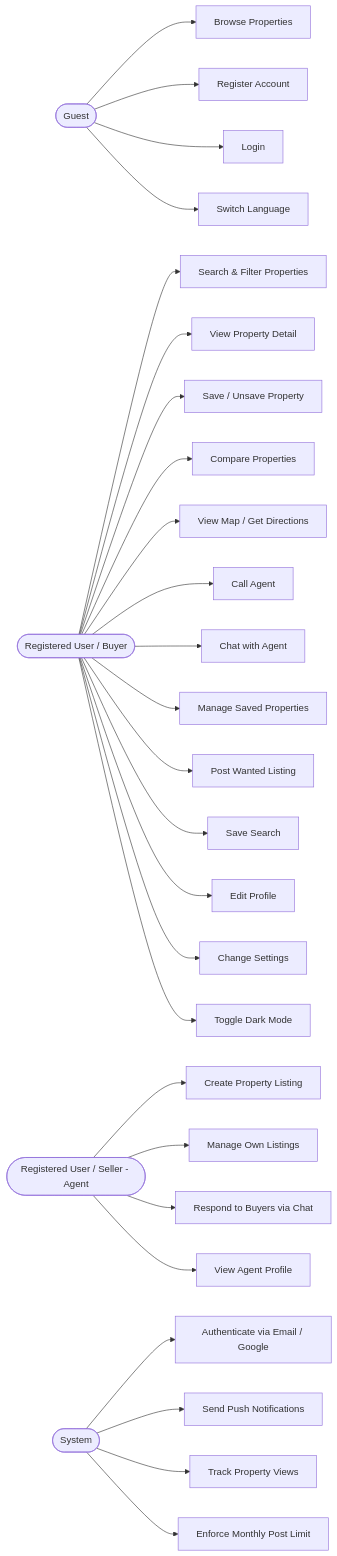
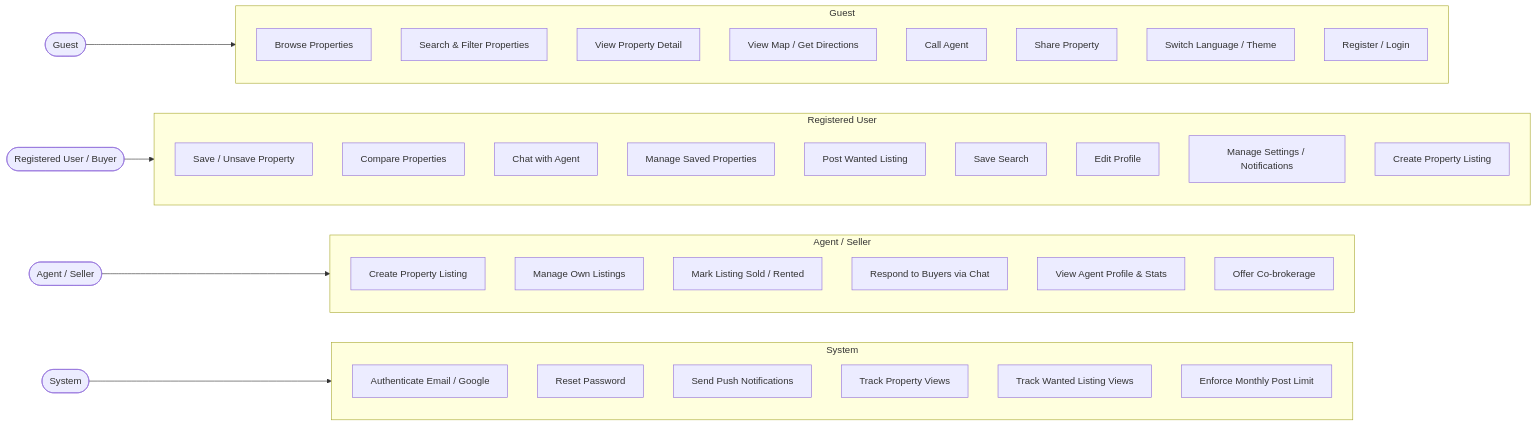
One commit to thetnaung-dev/Internship changed the diagram in docs/diagrams/usecase.mmd. Above: the diagram before and after it, drawn with Mermaid. The commit also changed 1 other file, not shown here.

Commit message:
docs: reorganize use case diagram grouped by actor

```diff
--- a/docs/diagrams/usecase.mmd
+++ b/docs/diagrams/usecase.mmd
@@ -1,34 +1,51 @@
 flowchart LR
     Guest([Guest])
     User([Registered User / Buyer])
-    Agent([Registered User / Seller - Agent])
+    Agent([Agent / Seller])
     System([System])
 
-    Guest --> G1[Browse Properties]
-    Guest --> G2[Register Account]
-    Guest --> G3[Login]
-    Guest --> G4[Switch Language]
+    subgraph GuestUC [Guest]
+        G1[Browse Properties]
+        G2[Search & Filter Properties]
+        G3[View Property Detail]
+        G4[View Map / Get Directions]
+        G5[Call Agent]
+        G6[Share Property]
+        G7[Switch Language / Theme]
+        G8[Register / Login]
+    end
 
-    User --> U1[Search & Filter Properties]
-    User --> U2[View Property Detail]
-    User --> U3[Save / Unsave Property]
-    User --> U4[Compare Properties]
-    User --> U5[View Map / Get Directions]
-    User --> U6[Call Agent]
-    User --> U7[Chat with Agent]
-    User --> U8[Manage Saved Properties]
-    User --> U9[Post Wanted Listing]
-    User --> U10[Save Search]
-    User --> U11[Edit Profile]
-    User --> U12[Change Settings]
-    User --> U13[Toggle Dark Mode]
+    subgraph UserUC [Registered User]
+        U1[Save / Unsave Property]
+        U2[Compare Properties]
+        U3[Chat with Agent]
+        U4[Manage Saved Properties]
+        U5[Post Wanted Listing]
+        U6[Save Search]
+        U7[Edit Profile]
+        U8[Manage Settings / Notifications]
+        U9[Create Property Listing]
+    end
 
-    Agent --> A1[Create Property Listing]
-    Agent --> A2[Manage Own Listings]
-    Agent --> A3[Respond to Buyers via Chat]
-    Agent --> A4[View Agent Profile]
+    subgraph AgentUC [Agent / Seller]
+        A1[Create Property Listing]
+        A2[Manage Own Listings]
+        A3[Mark Listing Sold / Rented]
+        A4[Respond to Buyers via Chat]
+        A5[View Agent Profile & Stats]
+        A6[Offer Co-brokerage]
+    end
 
-    System --> S1[Authenticate via Email / Google]
-    System --> S2[Send Push Notifications]
-    System --> S3[Track Property Views]
-    System --> S4[Enforce Monthly Post Limit]
+    subgraph SystemUC [System]
+        S1[Authenticate Email / Google]
+        S2[Reset Password]
+        S3[Send Push Notifications]
+        S4[Track Property Views]
+        S5[Track Wanted Listing Views]
+        S6[Enforce Monthly Post Limit]
+    end
+
+    Guest --> GuestUC
+    User --> UserUC
+    Agent --> AgentUC
+    System --> SystemUC
```
